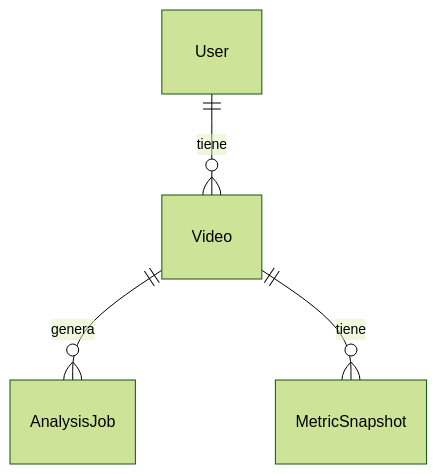
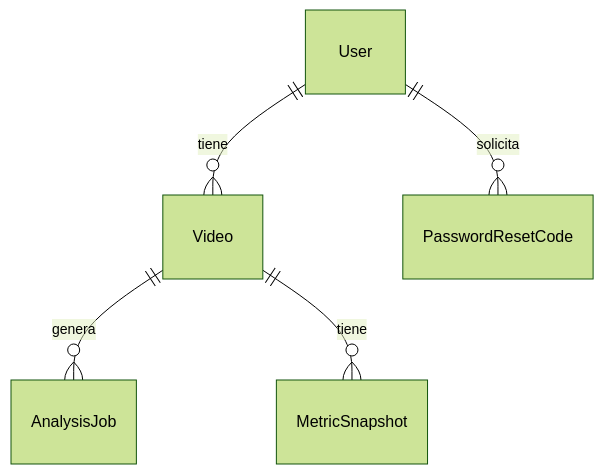
The diagram in docs/DATABASE.md (ceshez/DRIVXIS-Plataforma-de-analisis-de-futbol), drawn with Mermaid (forest theme) before and after one commit. The commit also changed other lines of this file and 134 other files, not shown here.

````diff
--- a/docs/DATABASE.md
+++ b/docs/DATABASE.md
@@ -131,6 +139,7 @@
 ```mermaid
 erDiagram
   User ||--o{ Video : tiene
+  User ||--o{ PasswordResetCode : solicita
   Video ||--o{ AnalysisJob : genera
   Video ||--o{ MetricSnapshot : tiene
 ```
````
